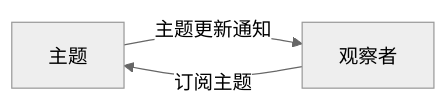
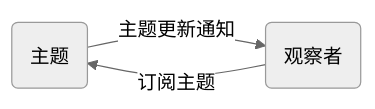
The diagram in design_pattern/observer_pattern.md (hybtalented/study), drawn with Mermaid (neutral theme) before and after one commit. The commit also changed other lines of this file, not shown here.

````diff
--- a/design_pattern/observer_pattern.md
+++ b/design_pattern/observer_pattern.md
@@ -7,5 +7,5 @@
 ``` mermaid
 graph LR
-   sub[主题] -- 主题更新通知 --> ob[观察者]
+   sub(主题) -- 主题更新通知 --> ob(观察者)
    ob --  订阅主题 --> sub
 ```
````
